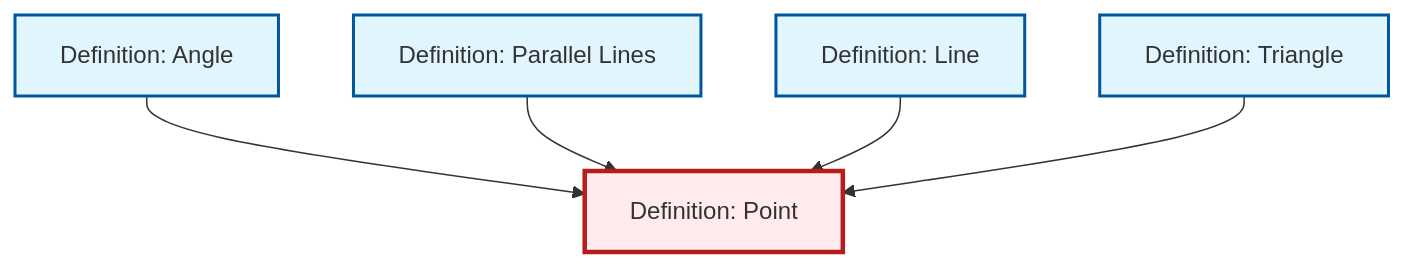
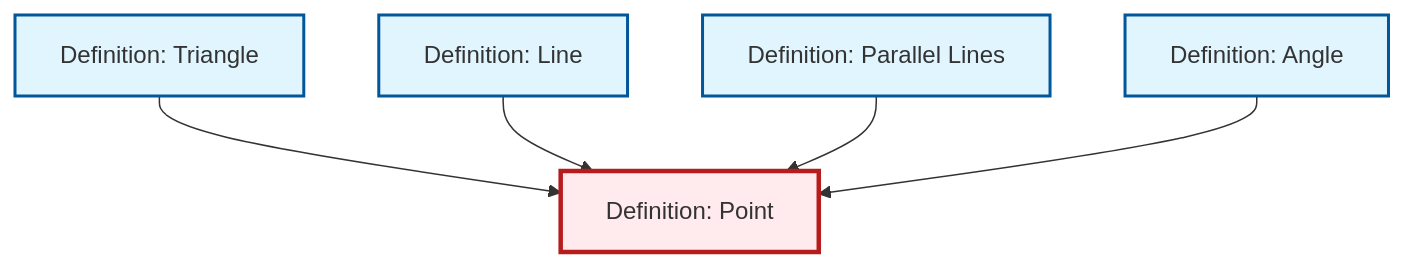
Before and after one commit to RK0429/ModernMath: the diagram in content/ja/geometry/def-point.qmd, drawn with Mermaid. The commit also changed other lines of this file and 634 other files, not shown here.

````diff
--- a/content/ja/geometry/def-point.qmd
+++ b/content/ja/geometry/def-point.qmd
@@ -40,23 +40,23 @@
 ```{mermaid}
 %%| fig-cap: "Local dependency graph"
 graph TD
     classDef definition fill:#e1f5fe,stroke:#01579b,stroke-width:2px
     classDef theorem fill:#f3e5f5,stroke:#4a148c,stroke-width:2px
     classDef axiom fill:#fff3e0,stroke:#e65100,stroke-width:2px
     classDef example fill:#e8f5e9,stroke:#1b5e20,stroke-width:2px
     classDef current fill:#ffebee,stroke:#b71c1c,stroke-width:3px
+    def-point["Definition: Point"]:::definition
     def-parallel["Definition: Parallel Lines"]:::definition
-    def-point["Definition: Point"]:::definition
     def-triangle["Definition: Triangle"]:::definition
+    def-angle["Definition: Angle"]:::definition
     def-line["Definition: Line"]:::definition
-    def-angle["Definition: Angle"]:::definition
+    def-triangle --> def-point
+    def-line --> def-point
+    def-parallel --> def-point
     def-angle --> def-point
-    def-parallel --> def-point
-    def-line --> def-point
-    def-triangle --> def-point
     class def-point current
     click def-parallel "def-parallel.html" "Definition: Parallel Linesへ"
     click def-triangle "def-triangle.html" "Definition: Triangleへ"
+    click def-angle "def-angle.html" "Definition: Angleへ"
     click def-line "def-line.html" "Definition: Lineへ"
-    click def-angle "def-angle.html" "Definition: Angleへ"
 ```
````
